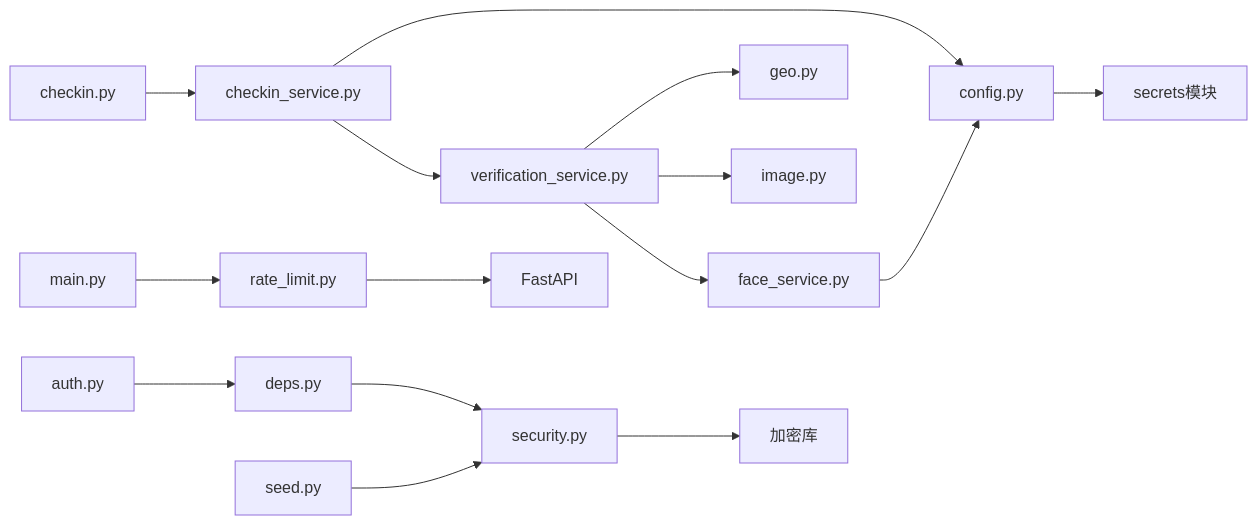
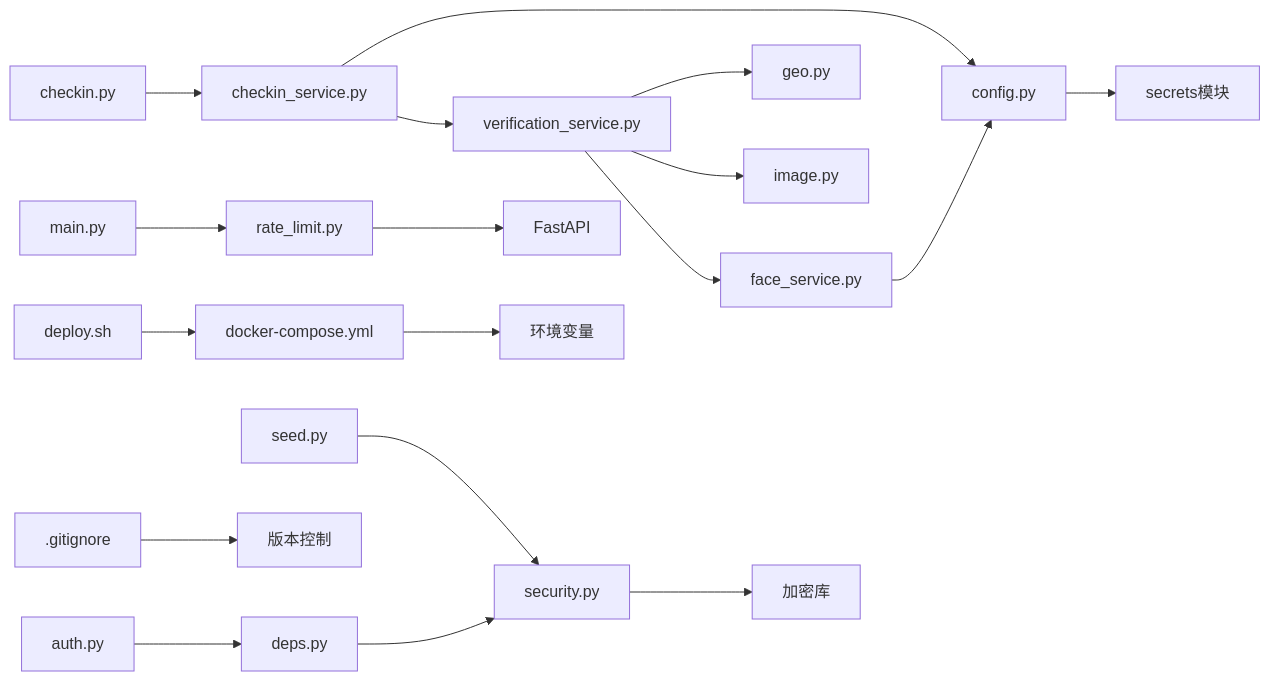
Diagram 12 of 12 in .qoder/repowiki/zh/content/安全与认证机制/安全与认证机制.md (onebody/homework), drawn with Mermaid before and after one commit. The commit also changed other lines of this file and 6 other files, not shown here.

````diff
--- a/.qoder/repowiki/zh/content/安全与认证机制/安全与认证机制.md
+++ b/.qoder/repowiki/zh/content/安全与认证机制/安全与认证机制.md
@@ -566,17 +674,20 @@
 ```mermaid
 graph LR
 Auth["auth.py"] --> Deps["deps.py"]
 Deps --> Security["security.py"]
 Checkin["checkin.py"] --> CheckinSvc["checkin_service.py"]
 CheckinSvc --> Verify["verification_service.py"]
 Verify --> Face["face_service.py"]
 Verify --> Image["image.py"]
 Verify --> Geo["geo.py"]
 Face --> Config["config.py"]
 CheckinSvc --> Config
 Main["main.py"] --> RateLimit["rate_limit.py"]
 RateLimit --> FastAPI["FastAPI"]
 Seed["seed.py"] --> Security
 Config --> Secrets["secrets模块"]
 Security --> Crypto["加密库"]
+GitIgnore[".gitignore"] --> VersionControl["版本控制"]
+Deploy["deploy.sh"] --> DockerCompose["docker-compose.yml"]
+DockerCompose --> Environment["环境变量"]
 ```
````
